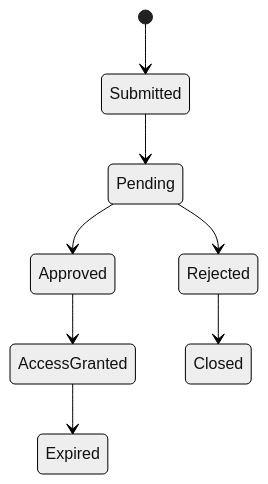
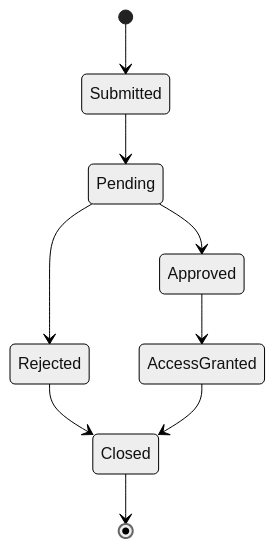
The seventh of 13 diagrams in README.md (MotionPrograming/AuthorizationManagementSystem), drawn with Mermaid (neutral theme) before and after one commit. The commit also changed other lines of this file, not shown here.

````diff
--- a/README.md
+++ b/README.md
@@ -597,17 +481,18 @@
 ```mermaid
 stateDiagram-v2
 
-[*] --> Submitted
+    [*] --> Submitted
 
-Submitted --> Pending
+    Submitted --> Pending
 
-Pending --> Approved
+    Pending --> Approved
+    Pending --> Rejected
 
-Pending --> Rejected
+    Approved --> AccessGranted
 
-Approved --> AccessGranted
+    Rejected --> Closed
 
-Rejected --> Closed
+    AccessGranted --> Closed
 
-AccessGranted --> Expired
+    Closed --> [*]
 ```
````
